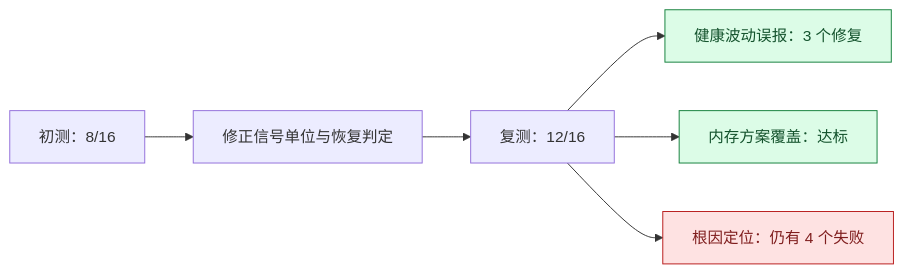
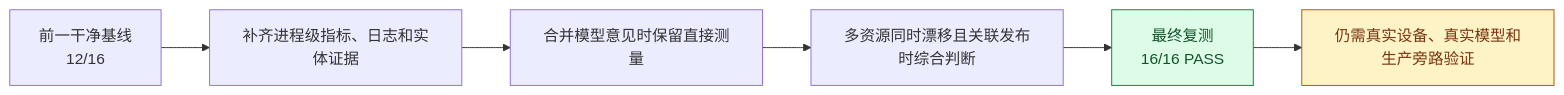
One commit to jfang2048/ai_sre_agent_pub changed the first of 2 diagrams in docs/effectiveness-results-2026-10-03.zh-CN.md. Above: the diagram before and after it, drawn with Mermaid. The commit also changed other lines of this file and 2 other files, not shown here.

````diff
--- a/docs/effectiveness-results-2026-10-03.zh-CN.md
+++ b/docs/effectiveness-results-2026-10-03.zh-CN.md
@@ -11,11 +11,10 @@
 ```mermaid
 flowchart LR
-    A[初测：8/16] --> B[修正信号单位与恢复判定]
-    B --> C[复测：12/16]
-    C --> D[健康波动误报：3 个修复]
-    C --> E[内存方案覆盖：达标]
-    C --> F[根因定位：仍有 4 个失败]
-    style D fill:#dcfce7,stroke:#15803d,color:#14532d
+    A[前一干净基线<br/>12/16] --> B[补齐进程级指标、日志和实体证据]
+    B --> C[合并模型意见时保留直接测量]
+    C --> D[多资源同时漂移且关联发布时综合判断]
+    D --> E[最终复测<br/>16/16 PASS]
+    E --> F[仍需真实设备、真实模型和生产旁路验证]
     style E fill:#dcfce7,stroke:#15803d,color:#14532d
-    style F fill:#fee2e2,stroke:#b91c1c,color:#7f1d1d
+    style F fill:#fef3c7,stroke:#b45309,color:#78350f
 ```
````
